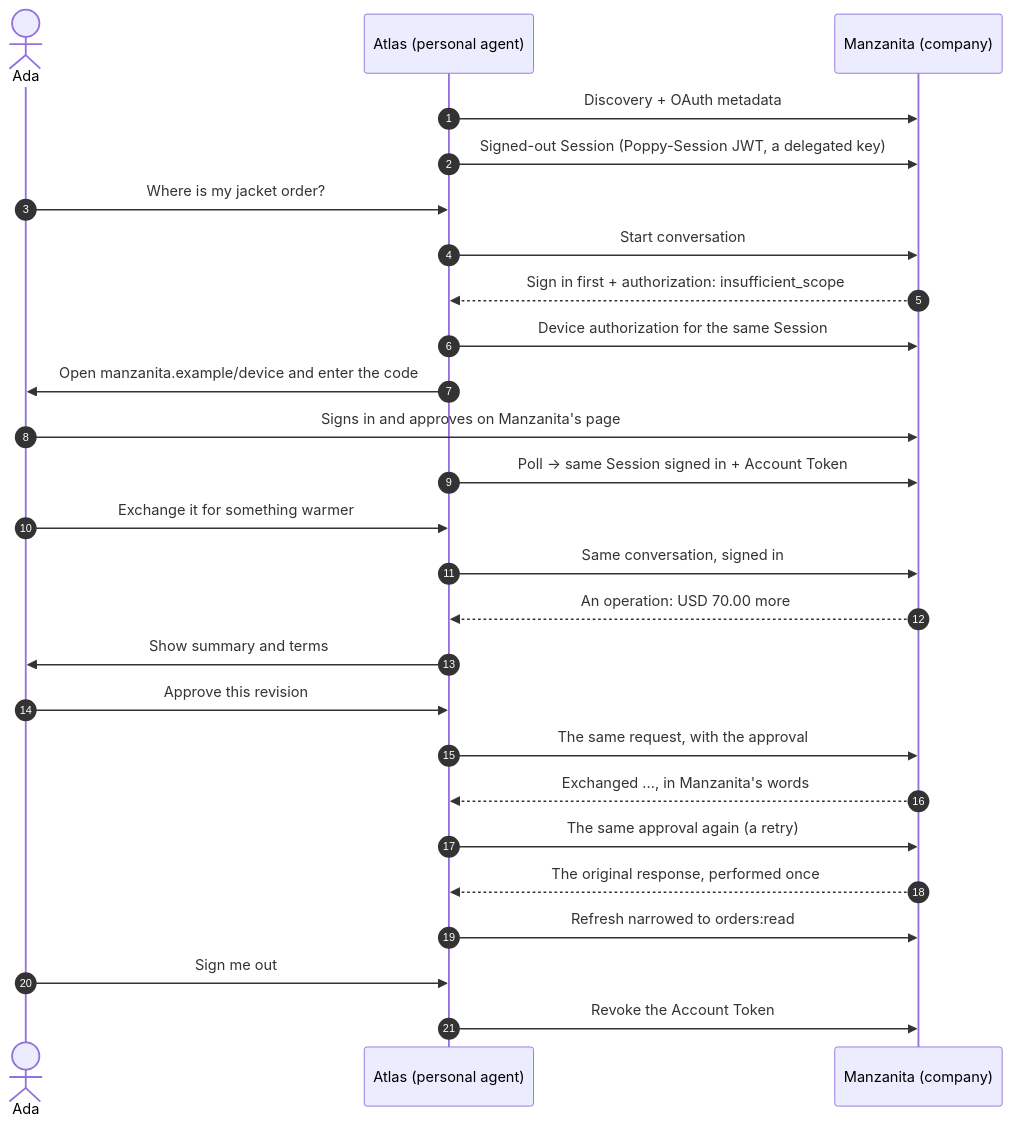
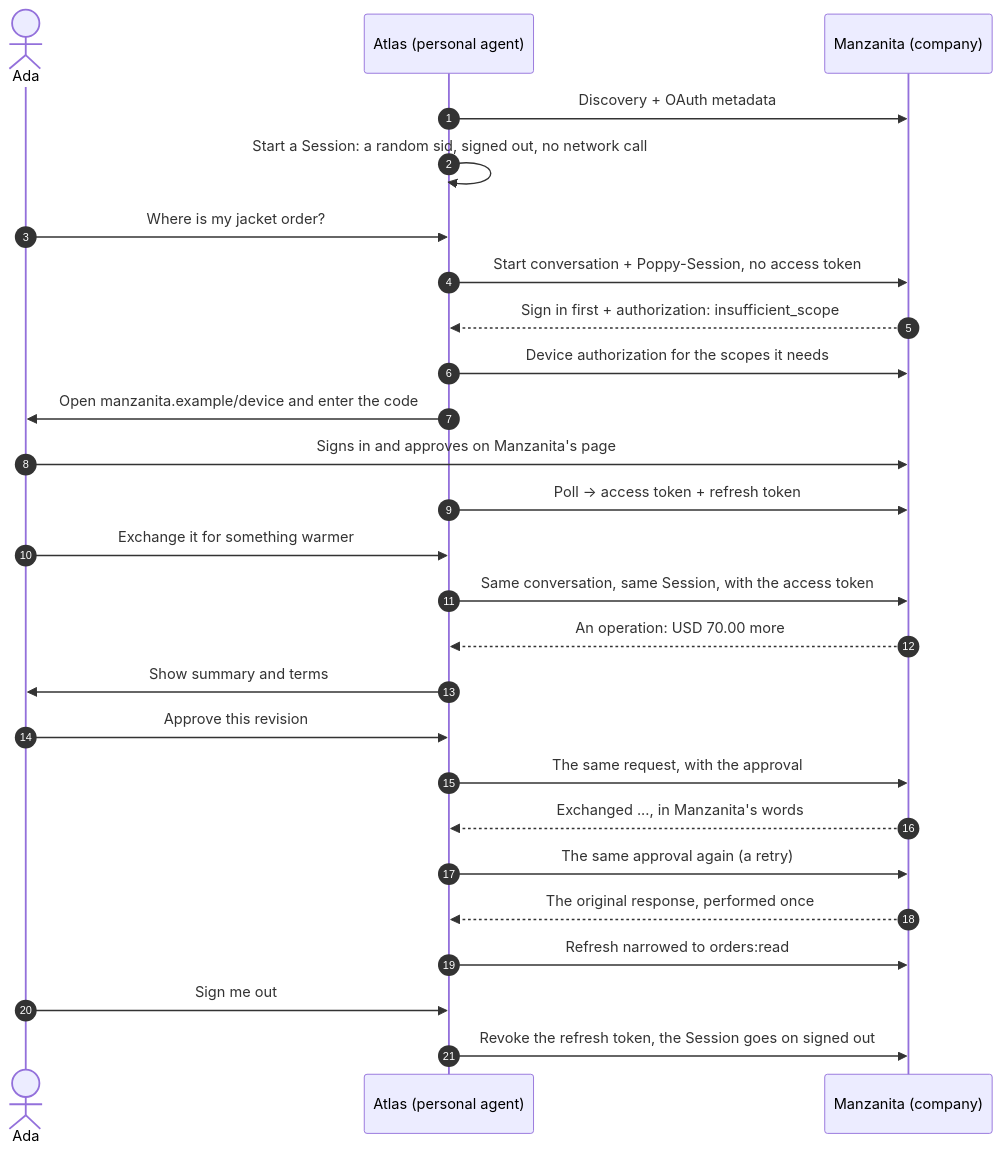
One commit to datalayer/personal-agent-protocol changed the diagram in docs/docs/examples/user-with-a-company.mdx. Above: the diagram before and after it, drawn with Mermaid. The commit also changed other lines of this file and 36 other files, not shown here.

Commit message:
Docs: the example pages and decks at draft 0.3, Sessions as a local sid, refresh tokens, the browser join by /authorize and Operations v2, with the session-jwt, session-transport and delegation decks renamed from their old names

````diff
--- a/docs/docs/examples/user-with-a-company.mdx
+++ b/docs/docs/examples/user-with-a-company.mdx
@@ -24,28 +24,28 @@
 ```mermaid
 sequenceDiagram
   autonumber
   actor Ada
   participant Atlas as Atlas (personal agent)
   participant M as Manzanita (company)
   Atlas->>M: Discovery + OAuth metadata
-  Atlas->>M: Signed-out Session (Poppy-Session JWT, a delegated key)
+  Atlas->>Atlas: Start a Session: a random sid, signed out, no network call
   Ada->>Atlas: Where is my jacket order?
-  Atlas->>M: Start conversation
+  Atlas->>M: Start conversation + Poppy-Session, no access token
   M-->>Atlas: Sign in first + authorization: insufficient_scope
-  Atlas->>M: Device authorization for the same Session
+  Atlas->>M: Device authorization for the scopes it needs
   Atlas->>Ada: Open manzanita.example/device and enter the code
   Ada->>M: Signs in and approves on Manzanita's page
-  Atlas->>M: Poll → same Session signed in + Account Token
+  Atlas->>M: Poll → access token + refresh token
   Ada->>Atlas: Exchange it for something warmer
-  Atlas->>M: Same conversation, signed in
+  Atlas->>M: Same conversation, same Session, with the access token
   M-->>Atlas: An operation: USD 70.00 more
   Atlas->>Ada: Show summary and terms
   Ada->>Atlas: Approve this revision
   Atlas->>M: The same request, with the approval
   M-->>Atlas: Exchanged ..., in Manzanita's words
   Atlas->>M: The same approval again (a retry)
   M-->>Atlas: The original response, performed once
   Atlas->>M: Refresh narrowed to orders:read
   Ada->>Atlas: Sign me out
-  Atlas->>M: Revoke the Account Token
+  Atlas->>M: Revoke the refresh token, the Session goes on signed out
 ```
````
